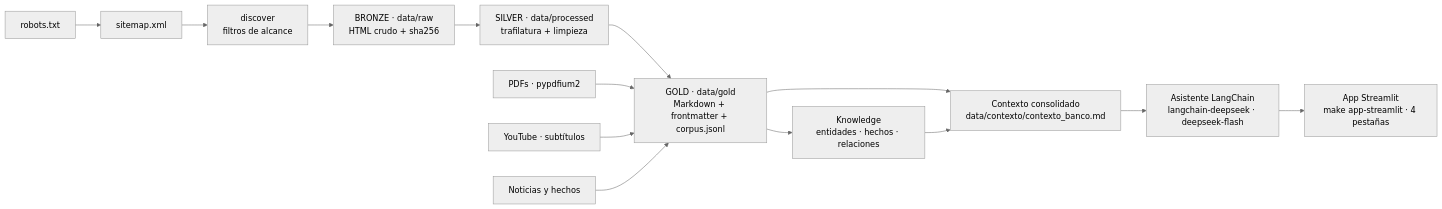
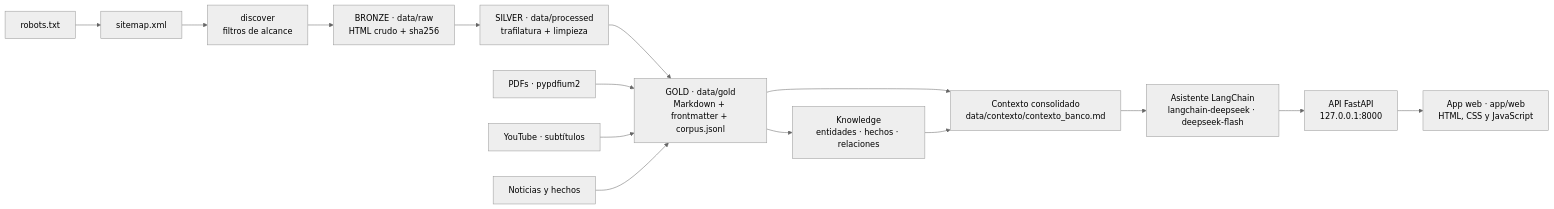
One commit to Darley843/Proyecto_BancoO changed the diagram in README.md. Above: the diagram before and after it, drawn with Mermaid (neutral theme). The commit also changed other lines of this file and 12 other files, not shown here.

First line of the commit message:
refactor(app): retira Streamlit y deja la app web como interfaz

````diff
--- a/README.md
+++ b/README.md
@@ -23,16 +23,17 @@
 ```mermaid
 flowchart LR
     R["robots.txt"] --> S["sitemap.xml"]
     S --> D["discover<br/>filtros de alcance"]
     D --> B["BRONZE · data/raw<br/>HTML crudo + sha256"]
     B --> SV["SILVER · data/processed<br/>trafilatura + limpieza"]
     SV --> G["GOLD · data/gold<br/>Markdown + frontmatter + corpus.jsonl"]
     P["PDFs · pypdfium2"] --> G
     V["YouTube · subtítulos"] --> G
     N["Noticias y hechos"] --> G
     G --> K["Knowledge<br/>entidades · hechos · relaciones"]
     G --> C["Contexto consolidado<br/>data/contexto/contexto_banco.md"]
     K --> C
     C --> A["Asistente LangChain<br/>langchain-deepseek · deepseek-flash"]
-    A --> ST["App Streamlit<br/>make app-streamlit · 4 pestañas"]
+    A --> API["API FastAPI<br/>127.0.0.1:8000"]
+    API --> W["App web · app/web<br/>HTML, CSS y JavaScript"]
 ```
````
